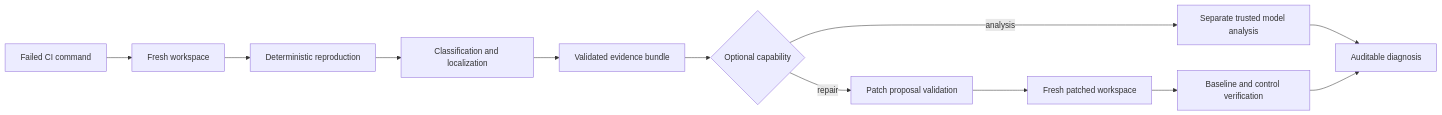
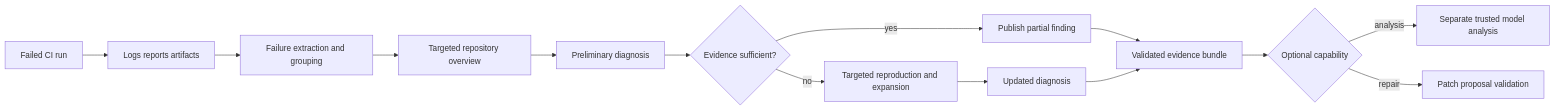
The diagram in README.md (causent/causent), drawn with Mermaid before and after one commit. The commit also changed other lines of this file, not shown here.

Commit message:
Document artifact-first CI diagnosis

````diff
--- a/README.md
+++ b/README.md
@@ -87,14 +105,16 @@
 ```mermaid
 flowchart LR
-    A[Failed CI command] --> B[Fresh workspace]
-    B --> C[Deterministic reproduction]
-    C --> D[Classification and localization]
-    D --> E[Validated evidence bundle]
-    E --> F{Optional capability}
-    F -->|analysis| G[Separate trusted model analysis]
-    F -->|repair| H[Patch proposal validation]
-    H --> I[Fresh patched workspace]
-    I --> J[Baseline and control verification]
-    G --> K[Auditable diagnosis]
-    J --> K
+    A[Failed CI run] --> B[Logs reports artifacts]
+    B --> C[Failure extraction and grouping]
+    C --> D[Targeted repository overview]
+    D --> E[Preliminary diagnosis]
+    E --> F{Evidence sufficient?}
+    F -->|yes| G[Publish partial finding]
+    F -->|no| H[Targeted reproduction and expansion]
+    H --> I[Updated diagnosis]
+    G --> J[Validated evidence bundle]
+    I --> J
+    J --> K{Optional capability}
+    K -->|analysis| L[Separate trusted model analysis]
+    K -->|repair| M[Patch proposal validation]
 ```
````
